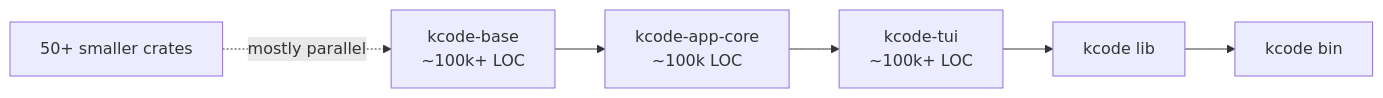
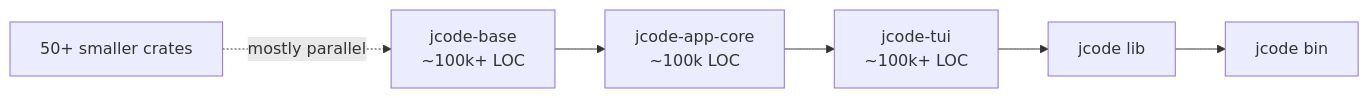
One commit to KooshaPari/KCode changed the first of 2 diagrams in docs/COMPILE_TIME_ISOLATION_REFACTOR.md. Above: the diagram before and after it, drawn with Mermaid. The commit also changed other lines of this file and 3017 other files, not shown here.

First line of the commit message:
Revert "refactor(decollision): rename jcode to kcode (#33)" (#36)

````diff
--- a/docs/COMPILE_TIME_ISOLATION_REFACTOR.md
+++ b/docs/COMPILE_TIME_ISOLATION_REFACTOR.md
@@ -15,8 +15,8 @@
 ```mermaid
 graph LR
-    base["kcode-base\n~100k+ LOC"] --> appcore["kcode-app-core\n~100k LOC"]
-    appcore --> tui["kcode-tui\n~100k+ LOC"]
-    tui --> rootlib["kcode lib"]
-    rootlib --> bin["kcode bin"]
+    base["jcode-base\n~100k+ LOC"] --> appcore["jcode-app-core\n~100k LOC"]
+    appcore --> tui["jcode-tui\n~100k+ LOC"]
+    tui --> rootlib["jcode lib"]
+    rootlib --> bin["jcode bin"]
     small["50+ smaller crates"] -. mostly parallel .-> base
 ```
````
